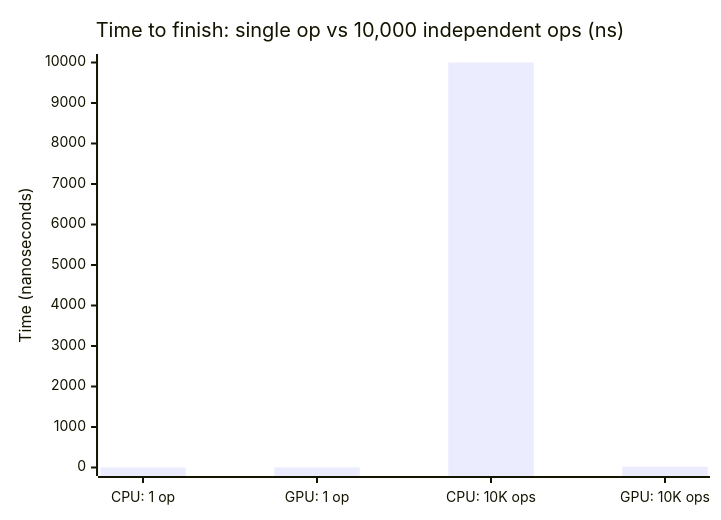
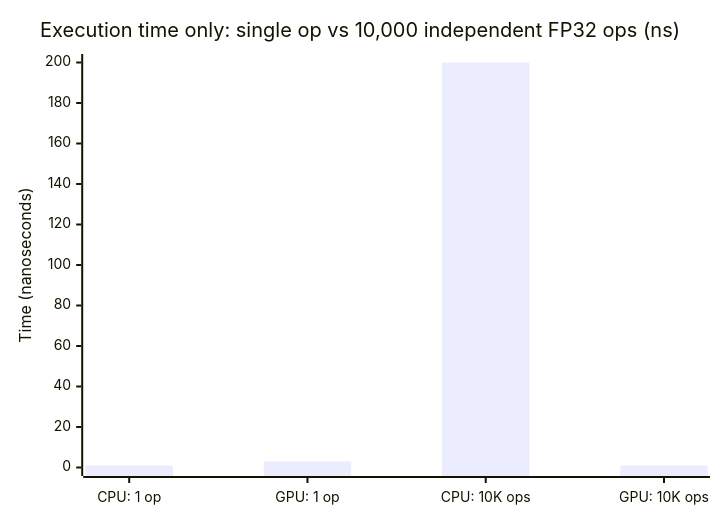
The first of 7 diagrams in src/main/java/com/rutik/systemdesign/cuda/gpu_computing_foundations/README.md (rppol/system-design), drawn with Mermaid before and after one commit. The commit also changed other lines of this file and 4 other files, not shown here.

````diff
--- a/src/main/java/com/rutik/systemdesign/cuda/gpu_computing_foundations/README.md
+++ b/src/main/java/com/rutik/systemdesign/cuda/gpu_computing_foundations/README.md
@@ -189,7 +198,7 @@
 ```mermaid
 xychart-beta
-    title "Time to finish: single op vs 10,000 independent ops (ns)"
+    title "Execution time only: single op vs 10,000 independent FP32 ops (ns)"
     x-axis ["CPU: 1 op", "GPU: 1 op", "CPU: 10K ops", "GPU: 10K ops"]
-    y-axis "Time (nanoseconds)" 0 --> 10000
-    bar [1, 3, 10000, 20]
+    y-axis "Time (nanoseconds)" 0 --> 200
+    bar [1, 3, 200, 1]
 ```
````
